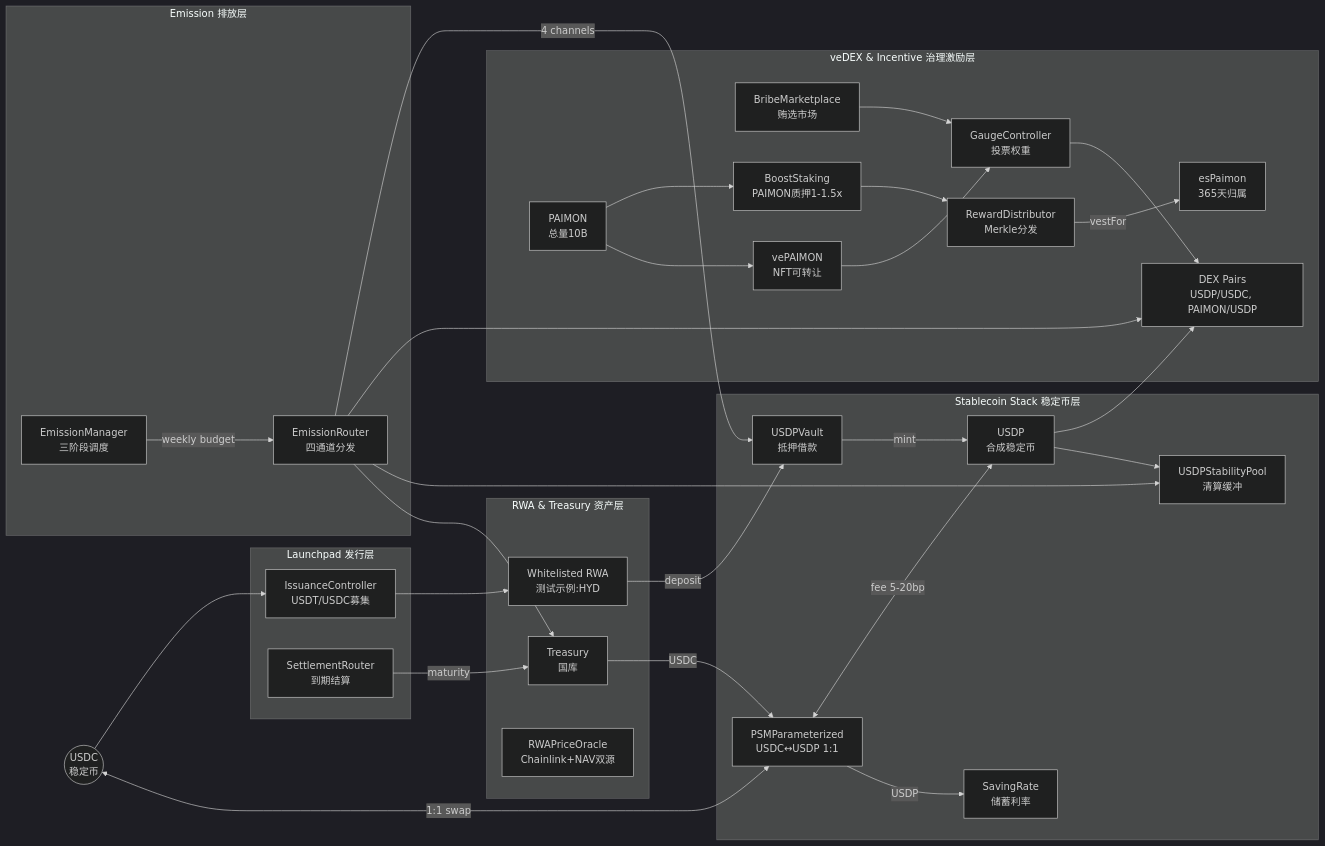
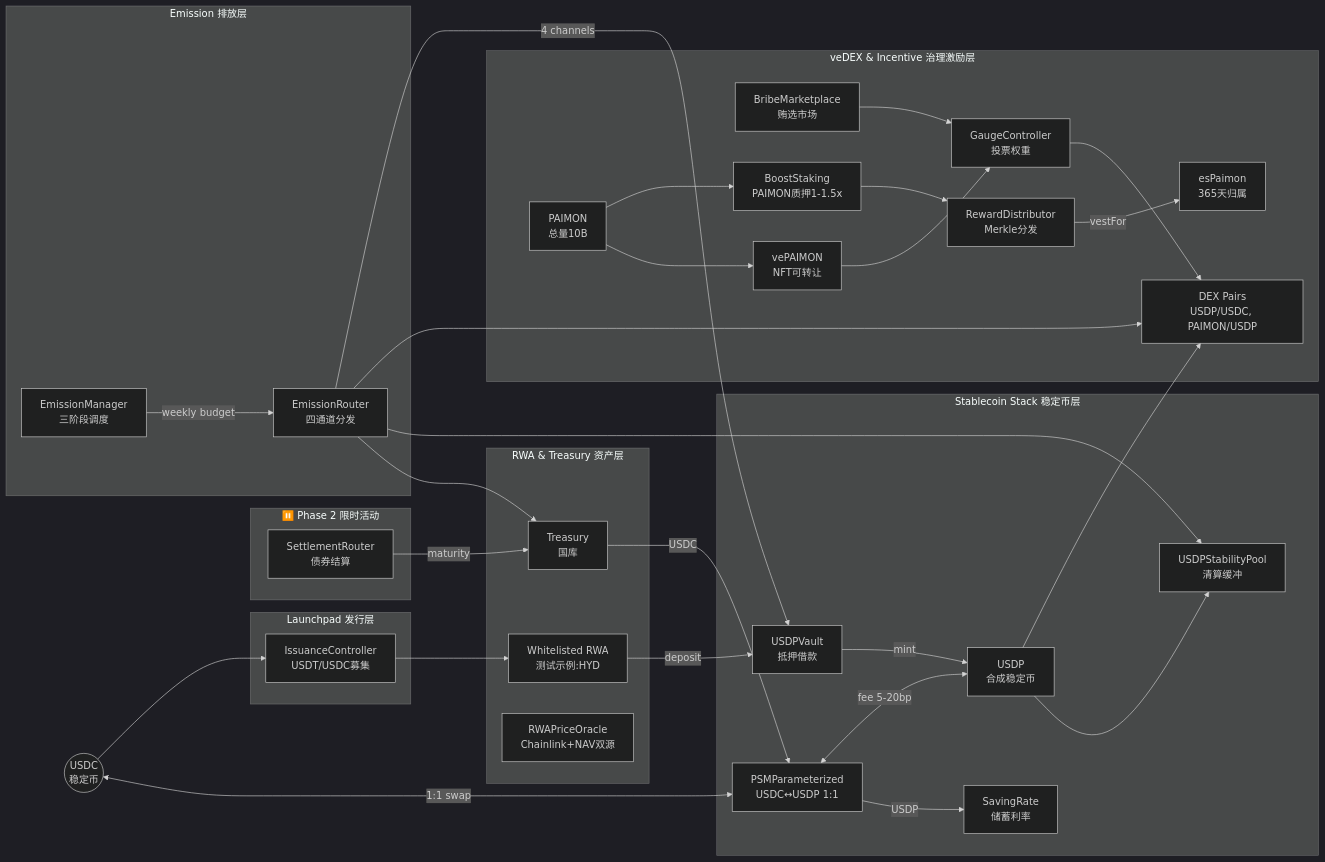
One commit to rocky2431/paimon-dex-protocol changed the first of 2 diagrams in paimon-rwa-contracts/README.md. Above: the diagram before and after it, drawn with Mermaid (dark theme). The commit also changed other lines of this file and 12 other files, not shown here.

````diff
--- a/paimon-rwa-contracts/README.md
+++ b/paimon-rwa-contracts/README.md
@@ -30,55 +30,58 @@
 ```mermaid
 flowchart LR
   subgraph L[Launchpad 发行层]
     IC[IssuanceController<br/>USDT/USDC募集]
-    SR[SettlementRouter<br/>到期结算]
+  end
+
+  subgraph P2[⏸️ Phase 2 限时活动]
+    SR[SettlementRouter<br/>债券结算]
   end
 
   subgraph RWA[RWA & Treasury 资产层]
     RWA1[Whitelisted RWA<br/>测试示例:HYD]
     TR[Treasury<br/>国库]
     OR[RWAPriceOracle<br/>Chainlink+NAV双源]
   end
 
   subgraph ST[Stablecoin Stack 稳定币层]
     USDP[USDP<br/>合成稳定币]
     PSM[PSMParameterized<br/>USDC↔USDP 1:1]
     SRt[SavingRate<br/>储蓄利率]
     V[USDPVault<br/>抵押借款]
     SP[USDPStabilityPool<br/>清算缓冲]
   end
 
   subgraph GOV[veDEX & Incentive 治理激励层]
     AMM[DEX Pairs<br/>USDP/USDC, PAIMON/USDP]
     GC[GaugeController<br/>投票权重]
     BR[BribeMarketplace<br/>贿选市场]
     RD[RewardDistributor<br/>Merkle分发]
     BS[BoostStaking<br/>PAIMON质押1-1.5x]
     VE[vePAIMON<br/>NFT可转让]
     ESP[esPaimon<br/>365天归属]
     PM[PAIMON<br/>总量10B]
   end
 
   subgraph EM[Emission 排放层]
     EMgr[EmissionManager<br/>三阶段调度]
     EMrt[EmissionRouter<br/>四通道分发]
   end
 
   USDC((USDC<br/>稳定币)) --> IC --> RWA1
   SR -->|maturity| TR
   RWA1 -->|deposit| V
   V -->|mint| USDP
   USDC <-->|1:1 swap| PSM <-->|fee 5-20bp| USDP
   USDP --> AMM
   USDP --> SP
   PM --> BS --> RD
   PM --> VE --> GC --> AMM
   BR --> GC
   RD -->|vestFor| ESP
   TR -->|USDC| PSM -->|USDP| SRt
   EMgr -->|weekly budget| EMrt
   EMrt -->|4 channels| V
   EMrt --> AMM
   EMrt --> SP
   EMrt --> TR
 ```
````
